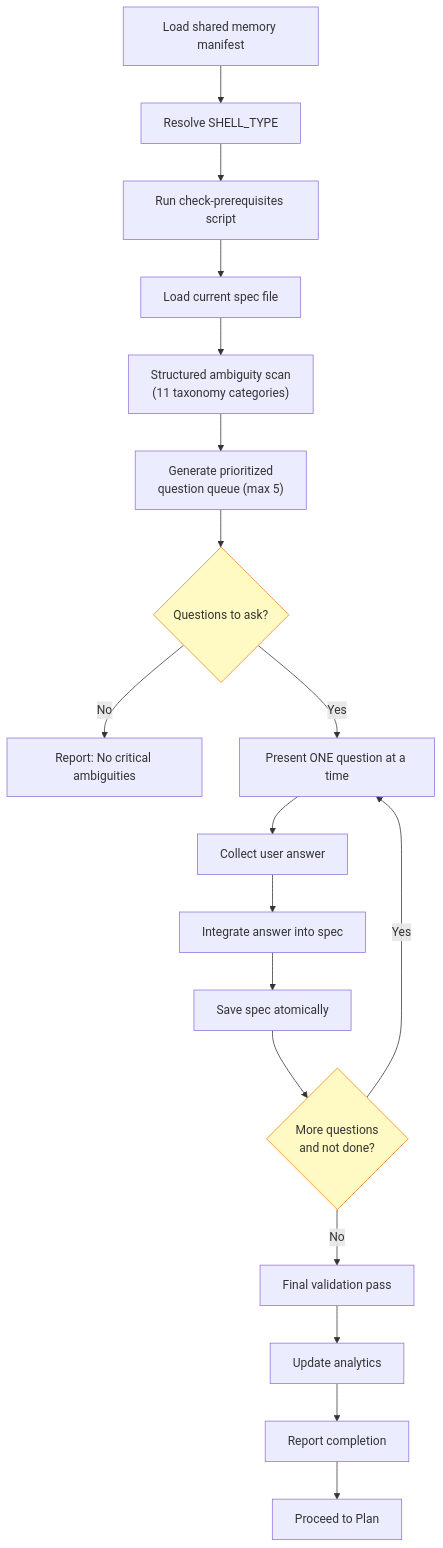
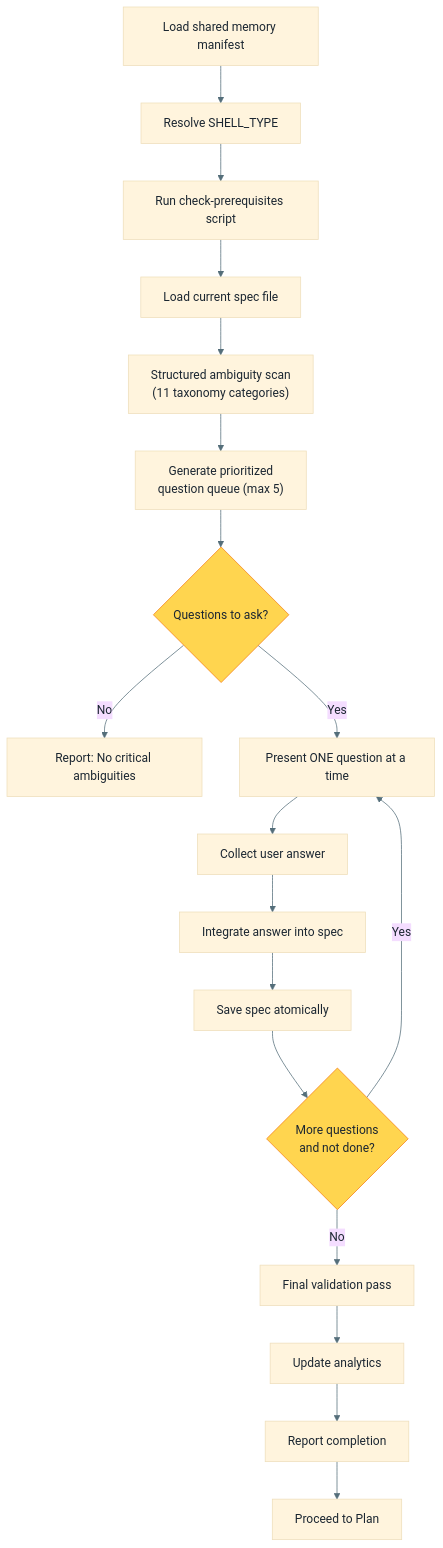
One commit to premkumarjanagarajan/fluid-flow-ai changed diagram 12 of 26 in docs/WORKFLOW-FULL-DETAILED.md. Above: the diagram before and after it, drawn with Mermaid. The commit also changed other lines of this file, not shown here.

First line of the commit message:
Fix mermaid diagram colors for dark/light theme compatibility

````diff
--- a/docs/WORKFLOW-FULL-DETAILED.md
+++ b/docs/WORKFLOW-FULL-DETAILED.md
@@ -507,23 +530,24 @@
 ```mermaid
+%%{init: {'theme': 'base', 'themeVariables': {'primaryTextColor': '#1B2631', 'lineColor': '#546E7A', 'textColor': '#1B2631'}}}%%
 flowchart TD
     A["Load shared memory manifest"] --> B["Resolve SHELL_TYPE"]
     B --> C["Run check-prerequisites script"]
     C --> D["Load current spec file"]
     D --> E["Structured ambiguity scan<br/>(11 taxonomy categories)"]
     E --> F["Generate prioritized<br/>question queue (max 5)"]
     F --> G{"Questions to ask?"}
     G -->|No| H["Report: No critical ambiguities"]
     G -->|Yes| I["Present ONE question at a time"]
     I --> J["Collect user answer"]
     J --> K["Integrate answer into spec"]
     K --> L["Save spec atomically"]
     L --> M{"More questions<br/>and not done?"}
     M -->|Yes| I
     M -->|No| N["Final validation pass"]
     N --> O["Update analytics"]
     O --> P["Report completion"]
     P --> Q["Proceed to Plan"]
 
-    style G fill:#FFF9C4,stroke:#F57F17
-    style M fill:#FFF9C4,stroke:#F57F17
+    style G fill:#FFD54F,stroke:#F57F17
+    style M fill:#FFD54F,stroke:#F57F17
 ```
````
